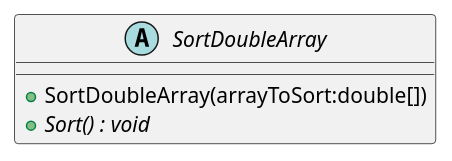
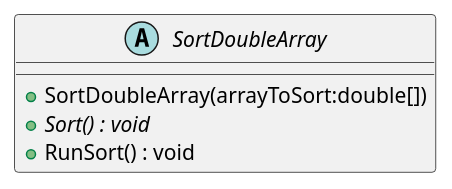
Before and after one commit to 19vano97/levelupoop2: the diagram in plantuml/20240823_HW_Delegate/SortDoubleArray.puml, drawn with PlantUML. The commit also changed 35 other files, not shown here.

```diff
--- a/plantuml/20240823_HW_Delegate/SortDoubleArray.puml
+++ b/plantuml/20240823_HW_Delegate/SortDoubleArray.puml
@@ -1,6 +1,7 @@
 @startuml
 abstract class SortDoubleArray {
     + SortDoubleArray(arrayToSort:double[])
     + {abstract} Sort() : void
+    + RunSort() : void
 }
 @enduml
```
